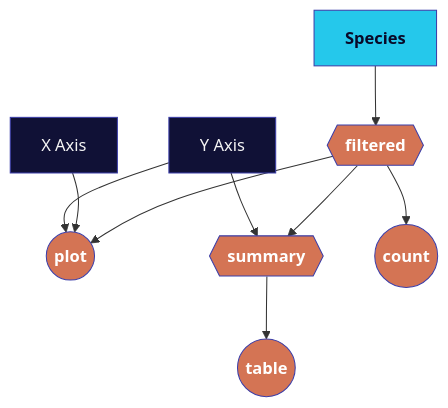
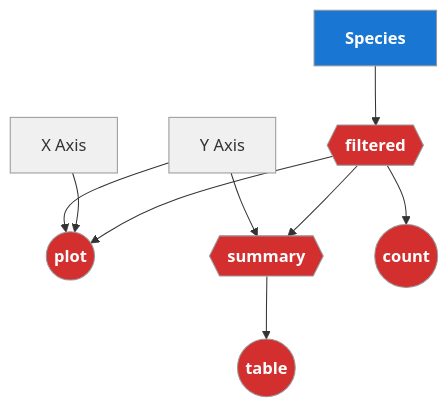
One commit to chendaniely/scipy-2026-shiny changed the eighth of 8 diagrams in website/slides/04-reactivity.qmd. Above: the diagram before and after it, drawn with Mermaid. The commit also changed other lines of this file and 6 other files, not shown here.

````diff
--- a/website/slides/04-reactivity.qmd
+++ b/website/slides/04-reactivity.qmd
@@ -302,17 +302,17 @@
 ```{mermaid}
 %%| fig-width: 4
 flowchart TD
   Sp[Species]:::active --> Fi{{filtered}}:::invalid
   Y[Y Axis] --> Pl((plot)):::invalid
   X[X Axis] --> Pl
   Y --> Su{{summary}}:::invalid
   Fi --> Pl
   Fi --> Co((count)):::invalid
   Fi --> Su
   Su --> Ta((table)):::invalid
 
-  classDef default fill:#101136,color:#F5F5F5,stroke:#3B3EA9
-  classDef active fill:#25C8EB,color:#090A28,font-weight:bold
-  classDef invalid fill:#D47454,color:#FFFFFF,font-weight:bold
-  classDef cached fill:#5833E9,color:#FFFFFF,font-weight:bold
+  classDef default fill:#f0f0f0,color:#333333,stroke:#999999
+  classDef active fill:#1976D2,color:#FFFFFF,font-weight:bold
+  classDef invalid fill:#D32F2F,color:#FFFFFF,font-weight:bold
+  classDef cached fill:#7B1FA2,color:#FFFFFF,font-weight:bold
 ```
````
